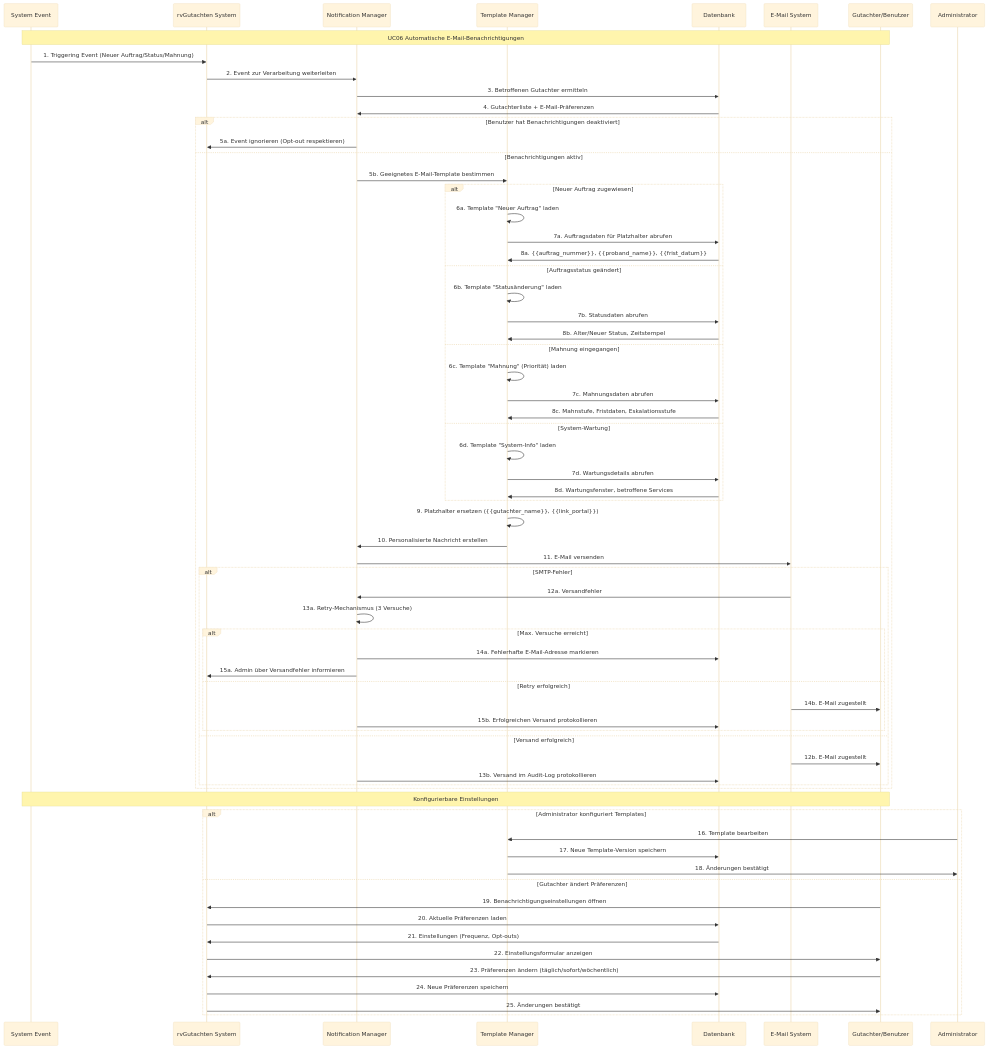
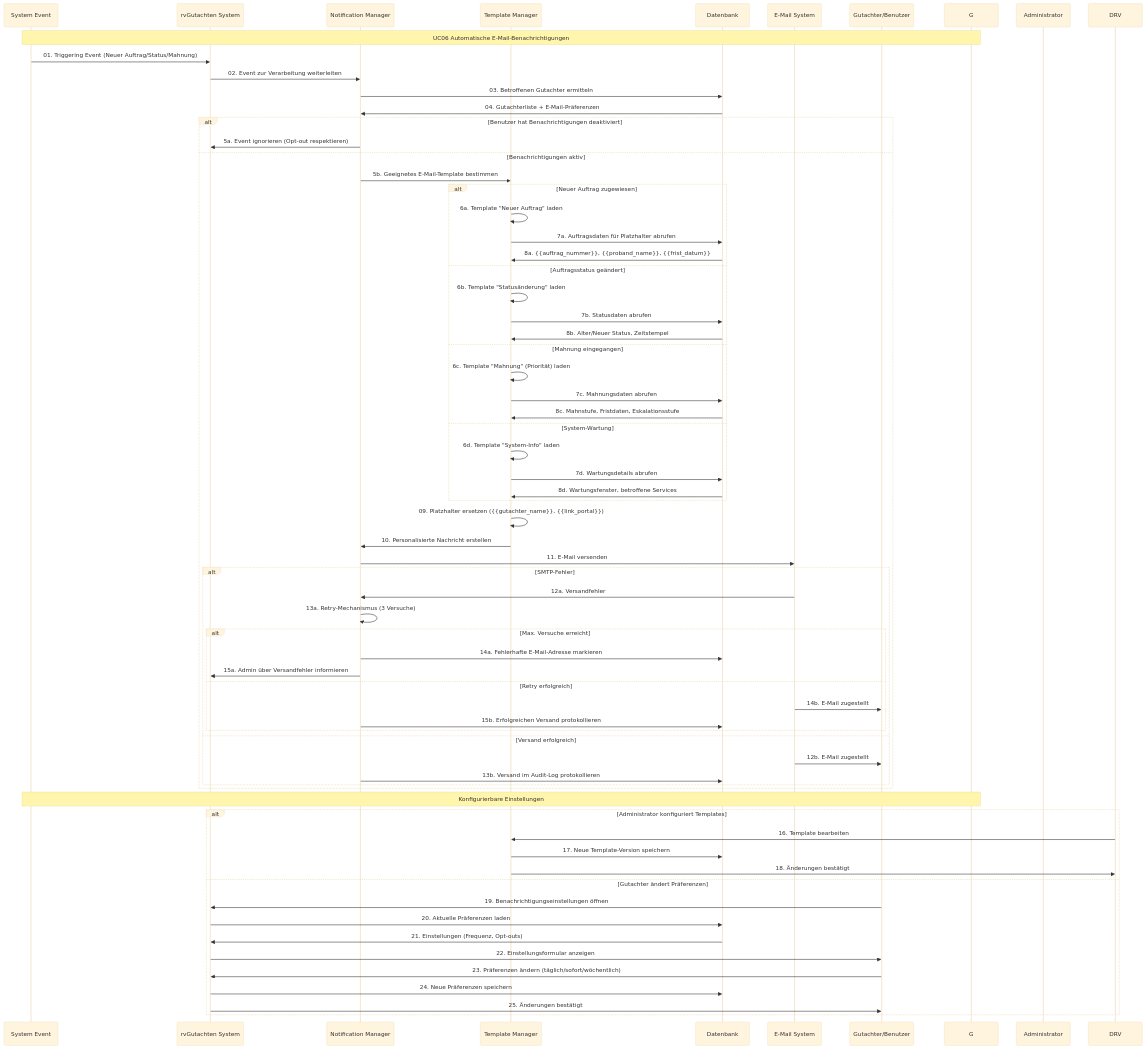
Before and after one commit to megadur/QARvGut: the diagram in docs/UseCases/mermaid/UC-06-E-Mail-Benachrichtigungssystem.mmd, drawn with Mermaid (base theme). The commit also changed 11 other files, not shown here.

First line of the commit message:
docs: Standardize participant abbreviations and add leading zeros to all UC diagrams

```diff
--- a/docs/UseCases/mermaid/UC-06-E-Mail-Benachrichtigungssystem.mmd
+++ b/docs/UseCases/mermaid/UC-06-E-Mail-Benachrichtigungssystem.mmd
@@ -1,81 +1,81 @@
 sequenceDiagram
     participant SYS as System Event
-    participant RG as rvGutachten System
-    participant NM as Notification Manager
-    participant TM as Template Manager
+    participant RVG as rvGutachten System
+    participant NTF as Notification Manager
+    participant TPL as Template Manager
     participant DB as Datenbank
-    participant ES as E-Mail System
-    participant G as Gutachter/Benutzer
+    participant EML as E-Mail System
+    participant GUT as Gutachter/Benutzer
 
     Note over SYS,G: UC06 Automatische E-Mail-Benachrichtigungen
 
-    SYS->>RG: 1. Triggering Event (Neuer Auftrag/Status/Mahnung)
-    RG->>NM: 2. Event zur Verarbeitung weiterleiten
+    SYS->>RVG: 01. Triggering Event (Neuer Auftrag/Status/Mahnung)
+    RVG->>NTF: 02. Event zur Verarbeitung weiterleiten
 
-    NM->>DB: 3. Betroffenen Gutachter ermitteln
-    DB->>NM: 4. Gutachterliste + E-Mail-Präferenzen
+    NTF->>DB: 03. Betroffenen Gutachter ermitteln
+    DB->>NTF: 04. Gutachterliste + E-Mail-Präferenzen
 
     alt Benutzer hat Benachrichtigungen deaktiviert
-        NM->>RG: 5a. Event ignorieren (Opt-out respektieren)
+        NTF->>RVG: 5a. Event ignorieren (Opt-out respektieren)
     else Benachrichtigungen aktiv
-        NM->>TM: 5b. Geeignetes E-Mail-Template bestimmen
+        NTF->>TPL: 5b. Geeignetes E-Mail-Template bestimmen
 
         alt Neuer Auftrag zugewiesen
-            TM->>TM: 6a. Template "Neuer Auftrag" laden
-            TM->>DB: 7a. Auftragsdaten für Platzhalter abrufen
-            DB->>TM: 8a. {{auftrag_nummer}}, {{proband_name}}, {{frist_datum}}
+            TPL->>TPL: 6a. Template "Neuer Auftrag" laden
+            TPL->>DB: 7a. Auftragsdaten für Platzhalter abrufen
+            DB->>TPL: 8a. {{auftrag_nummer}}, {{proband_name}}, {{frist_datum}}
 
         else Auftragsstatus geändert
-            TM->>TM: 6b. Template "Statusänderung" laden
-            TM->>DB: 7b. Statusdaten abrufen
-            DB->>TM: 8b. Alter/Neuer Status, Zeitstempel
+            TPL->>TPL: 6b. Template "Statusänderung" laden
+            TPL->>DB: 7b. Statusdaten abrufen
+            DB->>TPL: 8b. Alter/Neuer Status, Zeitstempel
 
         else Mahnung eingegangen
-            TM->>TM: 6c. Template "Mahnung" (Priorität) laden
-            TM->>DB: 7c. Mahnungsdaten abrufen
-            DB->>TM: 8c. Mahnstufe, Fristdaten, Eskalationsstufe
+            TPL->>TPL: 6c. Template "Mahnung" (Priorität) laden
+            TPL->>DB: 7c. Mahnungsdaten abrufen
+            DB->>TPL: 8c. Mahnstufe, Fristdaten, Eskalationsstufe
 
         else System-Wartung
-            TM->>TM: 6d. Template "System-Info" laden
-            TM->>DB: 7d. Wartungsdetails abrufen
-            DB->>TM: 8d. Wartungsfenster, betroffene Services
+            TPL->>TPL: 6d. Template "System-Info" laden
+            TPL->>DB: 7d. Wartungsdetails abrufen
+            DB->>TPL: 8d. Wartungsfenster, betroffene Services
         end
 
-        TM->>TM: 9. Platzhalter ersetzen ({{gutachter_name}}, {{link_portal}})
-        TM->>NM: 10. Personalisierte Nachricht erstellen
+        TPL->>TPL: 09. Platzhalter ersetzen ({{gutachter_name}}, {{link_portal}})
+        TPL->>NTF: 10. Personalisierte Nachricht erstellen
 
-        NM->>ES: 11. E-Mail versenden
+        NTF->>EML: 11. E-Mail versenden
         alt SMTP-Fehler
-            ES->>NM: 12a. Versandfehler
-            NM->>NM: 13a. Retry-Mechanismus (3 Versuche)
+            EML->>NTF: 12a. Versandfehler
+            NTF->>NTF: 13a. Retry-Mechanismus (3 Versuche)
             alt Max. Versuche erreicht
-                NM->>DB: 14a. Fehlerhafte E-Mail-Adresse markieren
-                NM->>RG: 15a. Admin über Versandfehler informieren
+                NTF->>DB: 14a. Fehlerhafte E-Mail-Adresse markieren
+                NTF->>RVG: 15a. Admin über Versandfehler informieren
             else Retry erfolgreich
-                ES->>G: 14b. E-Mail zugestellt
-                NM->>DB: 15b. Erfolgreichen Versand protokollieren
+                EML->>GUT: 14b. E-Mail zugestellt
+                NTF->>DB: 15b. Erfolgreichen Versand protokollieren
             end
         else Versand erfolgreich
-            ES->>G: 12b. E-Mail zugestellt
-            NM->>DB: 13b. Versand im Audit-Log protokollieren
+            EML->>GUT: 12b. E-Mail zugestellt
+            NTF->>DB: 13b. Versand im Audit-Log protokollieren
         end
     end
 
     Note over SYS,G: Konfigurierbare Einstellungen
 
     alt Administrator konfiguriert Templates
         participant ADM as Administrator
-        ADM->>TM: 16. Template bearbeiten
-        TM->>DB: 17. Neue Template-Version speichern
-        TM->>ADM: 18. Änderungen bestätigt
+        DRV->>TPL: 16. Template bearbeiten
+        TPL->>DB: 17. Neue Template-Version speichern
+        TPL->>DRV: 18. Änderungen bestätigt
 
     else Gutachter ändert Präferenzen
-        G->>RG: 19. Benachrichtigungseinstellungen öffnen
-        RG->>DB: 20. Aktuelle Präferenzen laden
-        DB->>RG: 21. Einstellungen (Frequenz, Opt-outs)
-        RG->>G: 22. Einstellungsformular anzeigen
+        GUT->>RVG: 19. Benachrichtigungseinstellungen öffnen
+        RVG->>DB: 20. Aktuelle Präferenzen laden
+        DB->>RVG: 21. Einstellungen (Frequenz, Opt-outs)
+        RVG->>GUT: 22. Einstellungsformular anzeigen
 
-        G->>RG: 23. Präferenzen ändern (täglich/sofort/wöchentlich)
-        RG->>DB: 24. Neue Präferenzen speichern
-        RG->>G: 25. Änderungen bestätigt
+        GUT->>RVG: 23. Präferenzen ändern (täglich/sofort/wöchentlich)
+        RVG->>DB: 24. Neue Präferenzen speichern
+        RVG->>GUT: 25. Änderungen bestätigt
     end
```
